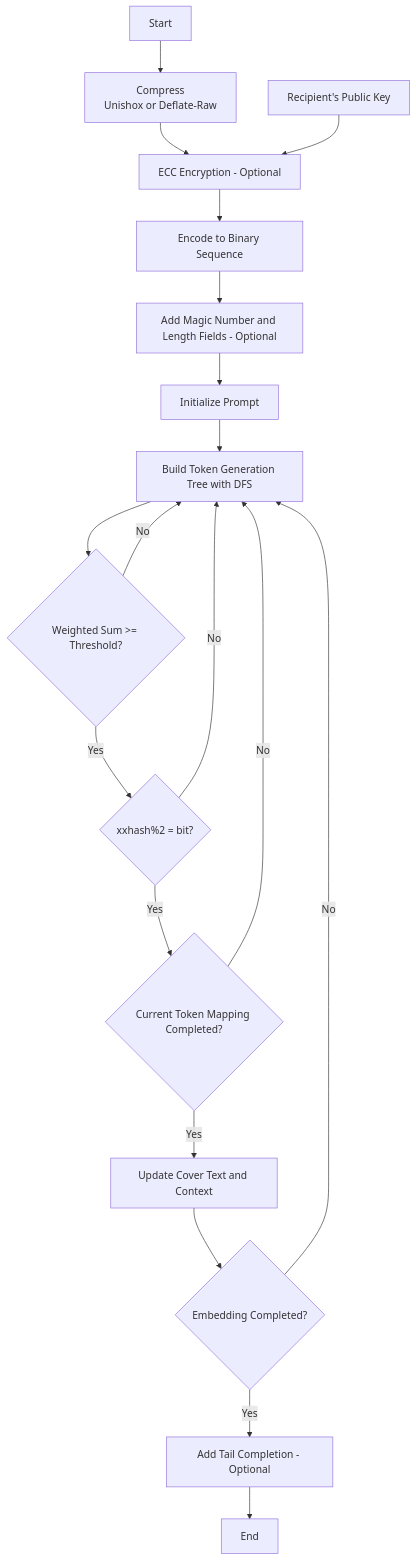
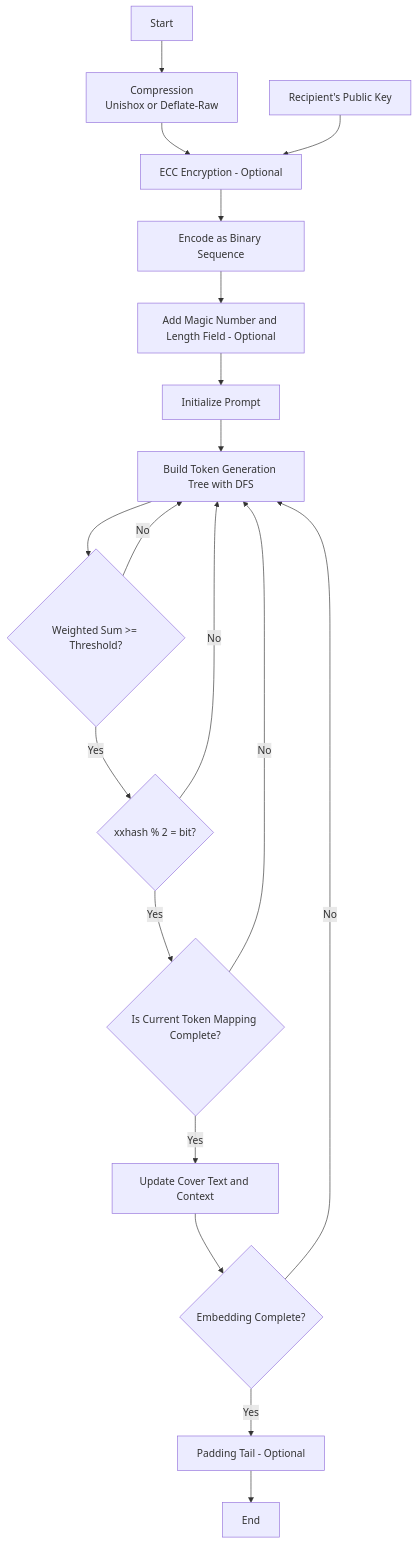
Before and after one commit to Rin313/StegLLM: the diagram in README_en.md, drawn with Mermaid. The commit also changed other lines of this file and 5 other files, not shown here.

````diff
--- a/README_en.md
+++ b/README_en.md
@@ -60,21 +63,21 @@
 ```mermaid
 flowchart TD
-    A[Start] --> compress[Compress<br>Unishox or Deflate-Raw];
-    compress --> encrypt[ECC Encryption - Optional];
-    public[Recipient's Public Key] -->encrypt;
-    encrypt --> base[Encode to Binary Sequence]
-base -->magicNum[Add Magic Number and Length Fields - Optional];
-    magicNum -->prompt[Initialize Prompt]
-    prompt-->dfs[Build Token Generation Tree with DFS]
+    A[Start] --> compress[Compression<br>Unishox or Deflate-Raw]
+    compress --> encrypt[ECC Encryption - Optional]
+    public[Recipient's Public Key] --> encrypt
+    encrypt --> base[Encode as Binary Sequence]
+    base --> magicNum[Add Magic Number and Length Field - Optional]
+    magicNum --> prompt[Initialize Prompt]
+    prompt --> dfs[Build Token Generation Tree with DFS]
     dfs --> weightsNum{Weighted Sum >= Threshold?}
-    weightsNum --> |Yes|mapping{xxhash%2 = bit?}
-    weightsNum --> |No|dfs;
-mapping --> |Yes|mappingDone{Current Token Mapping Completed?}
-    mapping --> |No|dfs;
-    mappingDone -->|Yes|coverText[Update Cover Text and Context]
-    mappingDone -->|No|dfs;
-    coverText --> done{Embedding Completed?};
-    done -->|Yes|tail[Add Tail Completion - Optional];
-done -->|No|dfs;
-tail -->endd[End];
+    weightsNum --> |Yes| mapping{xxhash % 2 = bit?}
+    weightsNum --> |No| dfs
+    mapping --> |Yes| mappingDone{Is Current Token Mapping Complete?}
+    mapping --> |No| dfs
+    mappingDone --> |Yes| coverText[Update Cover Text and Context]
+    mappingDone --> |No| dfs
+    coverText --> done{Embedding Complete?}
+    done --> |Yes| tail[Padding Tail - Optional]
+    done --> |No| dfs
+    tail --> endd[End]
 ```
````
